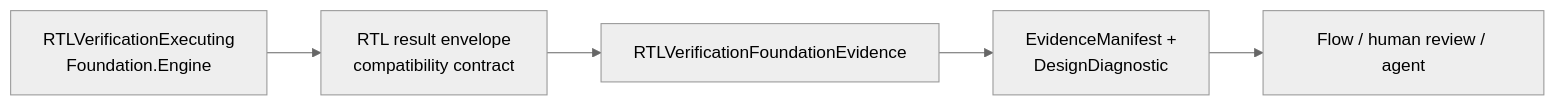
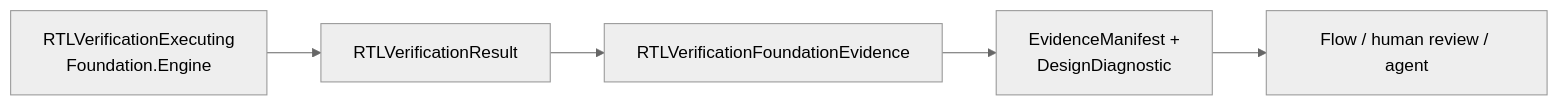
One commit to 1amageek/RTLVerificationEngine changed the second of 4 diagrams in README.md. Above: the diagram before and after it, drawn with Mermaid (neutral theme). The commit also changed other lines of this file and 79 other files, not shown here.

Commit message:
Migrate RTL verification to CircuiteFoundation

````diff
--- a/README.md
+++ b/README.md
@@ -74,7 +73,7 @@
 ```mermaid
 flowchart LR
-    Engine["RTLVerificationExecuting\nFoundation.Engine"] --> Legacy["RTL result envelope\ncompatibility contract"]
-    Legacy --> Evidence["RTLVerificationFoundationEvidence"]
+    Engine["RTLVerificationExecuting\nFoundation.Engine"] --> Result["RTLVerificationResult"]
+    Result --> Evidence["RTLVerificationFoundationEvidence"]
     Evidence --> Shared["EvidenceManifest +\nDesignDiagnostic"]
     Shared --> Flow["Flow / human review / agent"]
 ```
````
